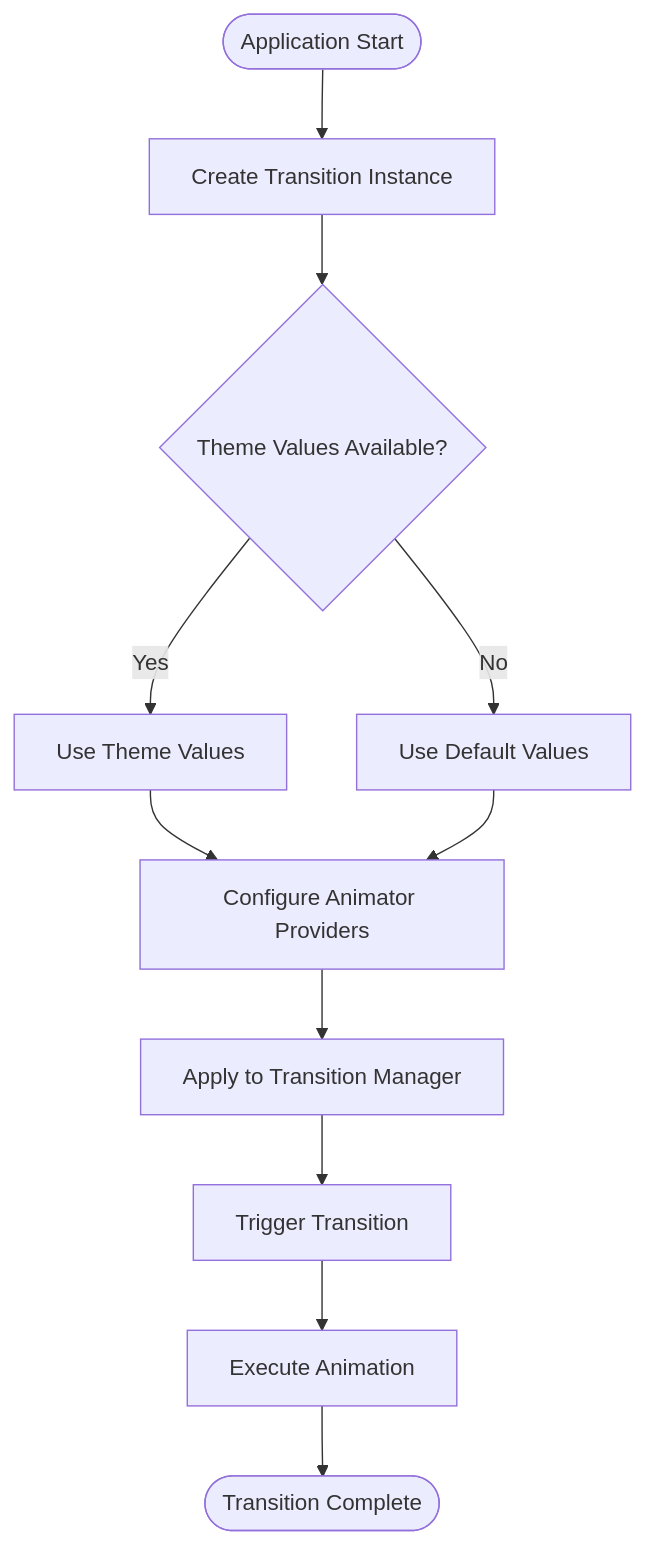
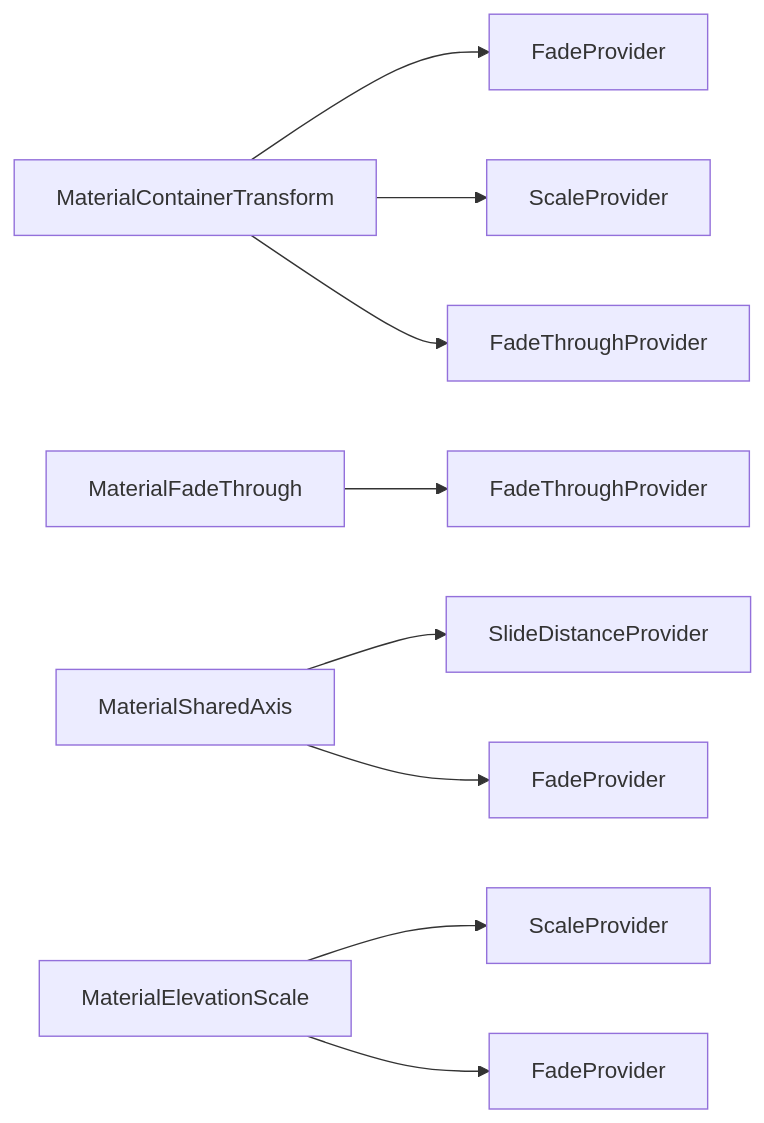
One commit to FSoft-AI4Code/codewiki-demo changed the fourth of 5 diagrams in docs/material-components--material-components-android-docs/animation-providers.md. Above: the diagram before and after it, drawn with Mermaid. The commit also changed other lines of this file and 1103 other files, not shown here.

````diff
--- a/docs/material-components--material-components-android-docs/animation-providers.md
+++ b/docs/material-components--material-components-android-docs/animation-providers.md
@@ -180,13 +167,14 @@
 ```mermaid
-flowchart TD
-    Start([Application Start]) --> Create[Create Transition Instance]
-    Create --> ThemeCheck{Theme Values Available?}
-    ThemeCheck -->|Yes| UseTheme[Use Theme Values]
-    ThemeCheck -->|No| UseDefault[Use Default Values]
-    UseTheme --> Configure[Configure Animator Providers]
-    UseDefault --> Configure
-    Configure --> Apply[Apply to Transition Manager]
-    Apply --> Trigger[Trigger Transition]
-    Trigger --> Animate[Execute Animation]
-    Animate --> End([Transition Complete])
+graph LR
+    A[MaterialContainerTransform] --> B[FadeProvider]
+    A --> C[ScaleProvider]
+    A --> D[FadeThroughProvider]
+    
+    E[MaterialFadeThrough] --> F[FadeThroughProvider]
+    
+    G[MaterialSharedAxis] --> H[SlideDistanceProvider]
+    G --> I[FadeProvider]
+    
+    J[MaterialElevationScale] --> K[ScaleProvider]
+    J --> L[FadeProvider]
 ```
````
